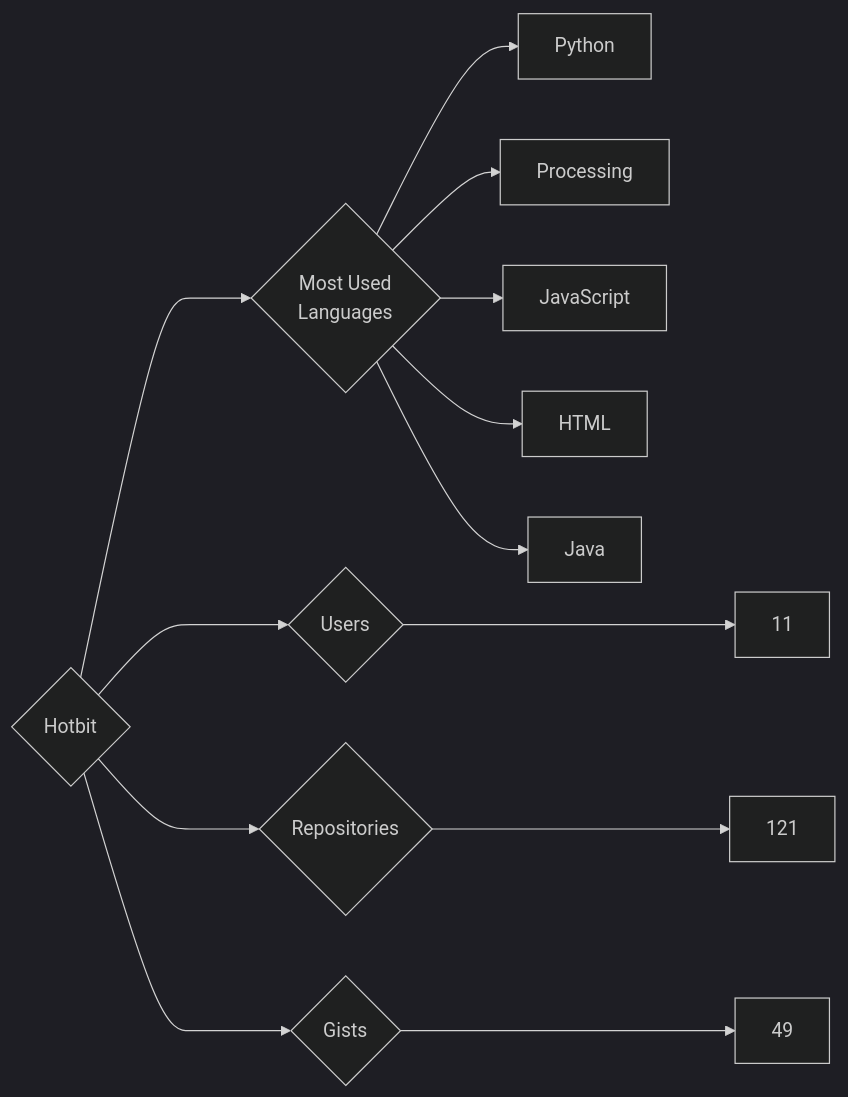
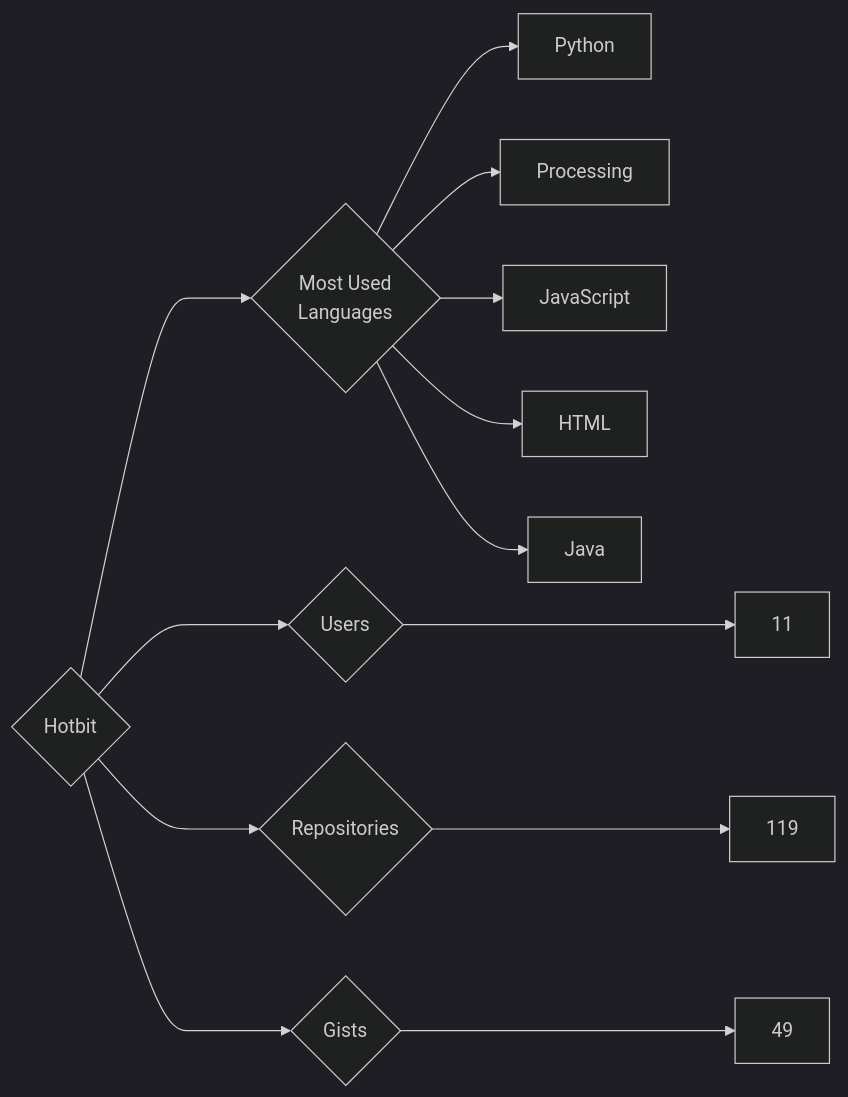
Before and after one commit to trickest/insiders: the diagram in targets/Hotbit/README.md, drawn with Mermaid (dark theme). The commit also changed 1120 other files, not shown here.

````diff
--- a/targets/Hotbit/README.md
+++ b/targets/Hotbit/README.md
@@ -3,13 +3,13 @@
 ```mermaid
 graph LR
 COMPANY_NAME{Hotbit}
 COMPANY_NAME ---> U{Users} ---> UN[11]
-COMPANY_NAME ---> R{Repositories} ---> RN[121]
+COMPANY_NAME ---> R{Repositories} ---> RN[119]
 COMPANY_NAME ---> G{Gists} ---> GN[49]
 COMPANY_NAME ---> ML{Most Used<br>Languages}
 ML --> Python[Python]
 ML --> Processing[Processing]
 ML --> JavaScript[JavaScript]
 ML --> HTML[HTML]
 ML --> Java[Java]
 ```
````
